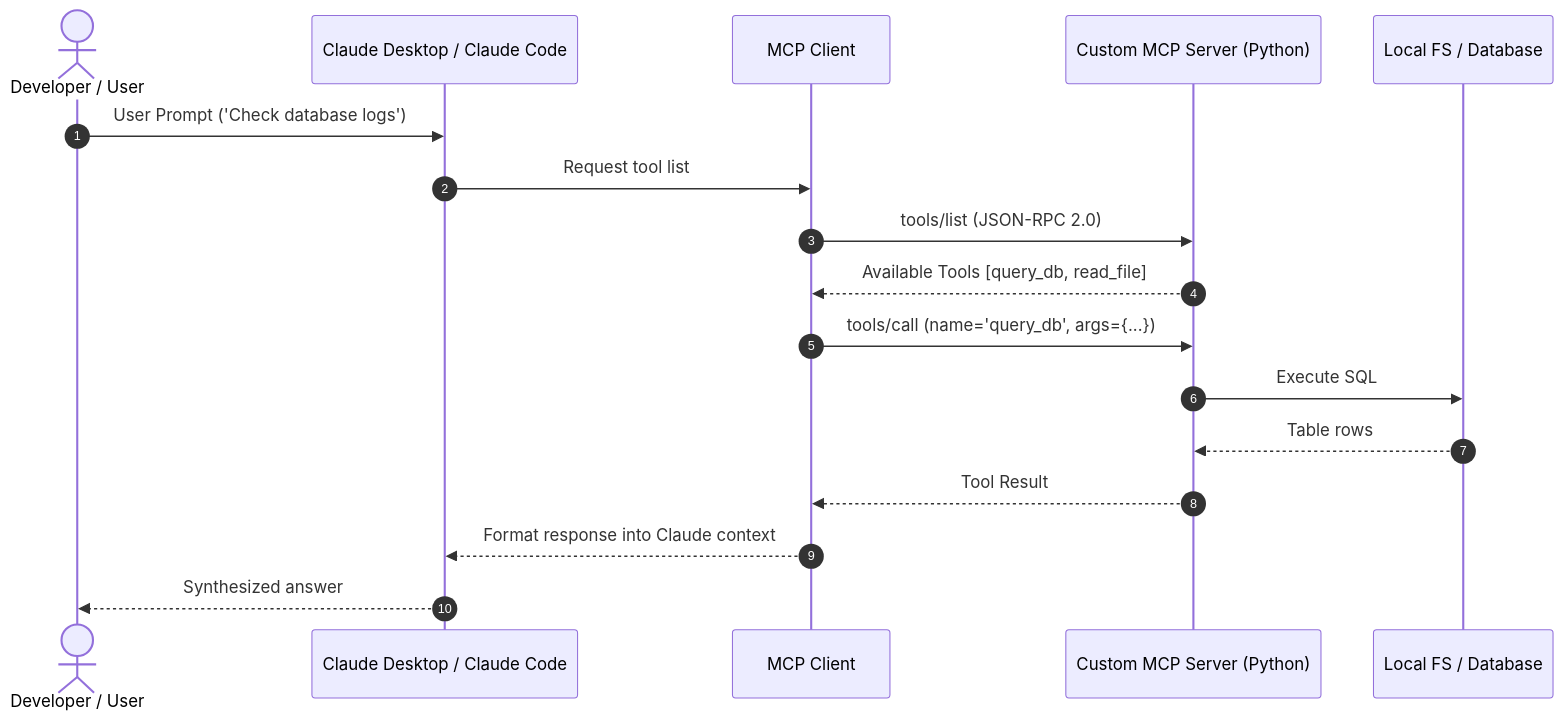
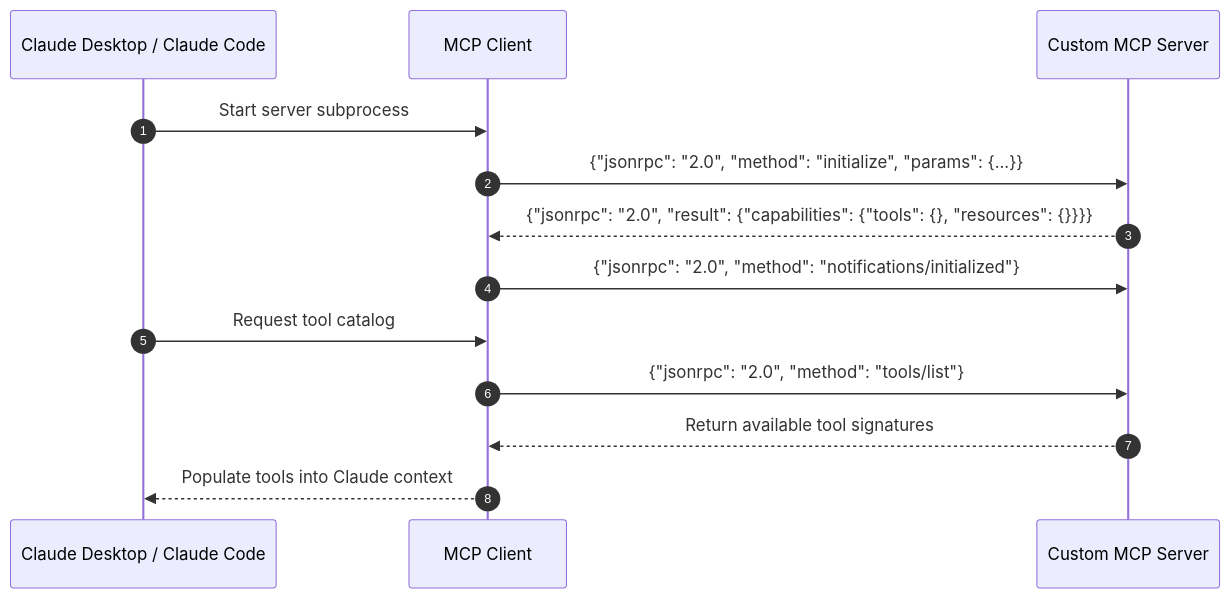
Before and after one commit to DeshDeepakKant/ai-engineering-docs: the diagram in docs/05-mcp-and-claude-code/01-model-context-protocol-campusx/03-mcp-architecture-model-context-protocol-.md, drawn with Mermaid. The commit also changed other lines of this file and 182 other files, not shown here.

````diff
--- a/docs/05-mcp-and-claude-code/01-model-context-protocol-campusx/03-mcp-architecture-model-context-protocol-.md
+++ b/docs/05-mcp-and-claude-code/01-model-context-protocol-campusx/03-mcp-architecture-model-context-protocol-.md
@@ -35,20 +35,17 @@
 ```mermaid
 sequenceDiagram
     autonumber
-    actor Dev as Developer / User
     participant Host as Claude Desktop / Claude Code
     participant Client as MCP Client
-    participant Server as Custom MCP Server (Python)
-    participant Resource as Local FS / Database
+    participant Server as Custom MCP Server
 
-    Dev->>Host: User Prompt ('Check database logs')
-    Host->>Client: Request tool list
-    Client->>Server: tools/list (JSON-RPC 2.0)
-    Server-->>Client: Available Tools [query_db, read_file]
-    Client->>Server: tools/call (name='query_db', args={...})
-    Server->>Resource: Execute SQL
-    Resource-->>Server: Table rows
-    Server-->>Client: Tool Result
-    Client-->>Host: Format response into Claude context
-    Host-->>Dev: Synthesized answer
+    Host->>Client: Start server subprocess
+    Client->>Server: {"jsonrpc": "2.0", "method": "initialize", "params": {...}}
+    Server-->>Client: {"jsonrpc": "2.0", "result": {"capabilities": {"tools": {}, "resources": {}}}}
+    Client->>Server: {"jsonrpc": "2.0", "method": "notifications/initialized"}
+
+    Host->>Client: Request tool catalog
+    Client->>Server: {"jsonrpc": "2.0", "method": "tools/list"}
+    Server-->>Client: Return available tool signatures
+    Client-->>Host: Populate tools into Claude context
 ```
````
